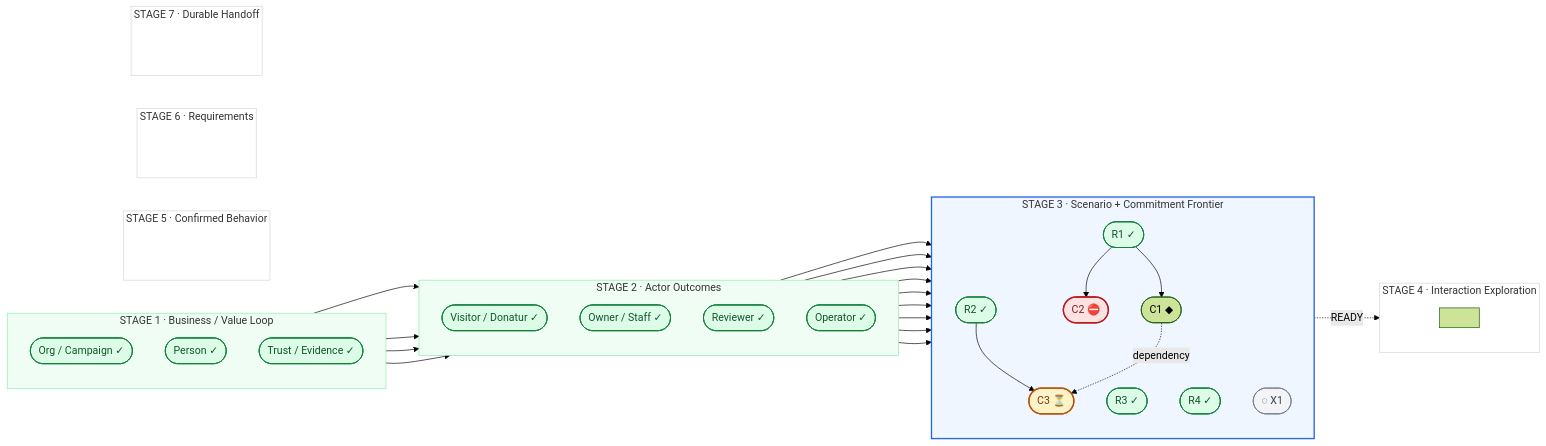
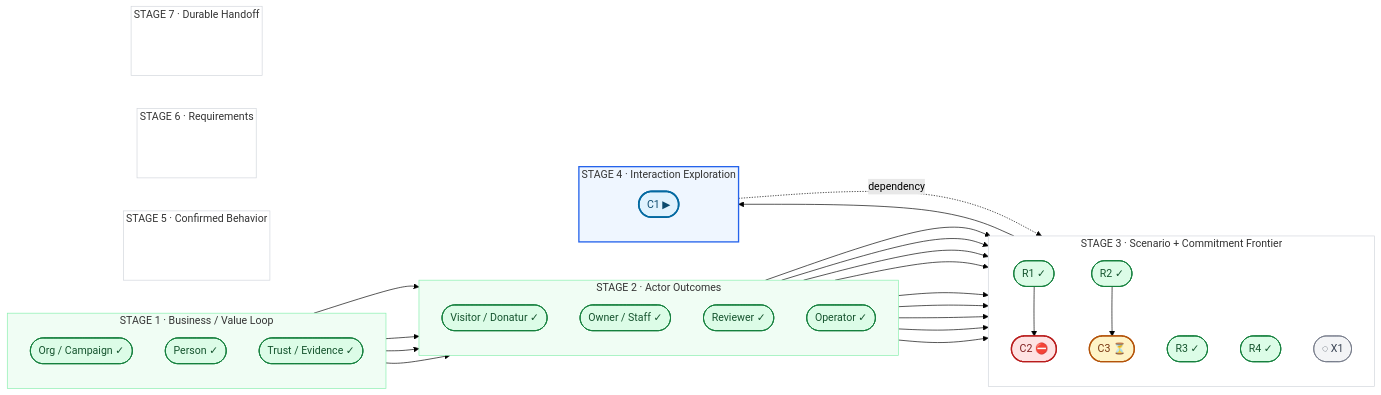
The diagram in docs/product/pilot-3-control-tower.md (anhsbolic/kencleng), drawn with Mermaid (forest theme) before and after one commit.

Commit message:
docs(product): correct C1 Stage 4 control tower position

```diff
--- a/docs/product/pilot-3-control-tower.md
+++ b/docs/product/pilot-3-control-tower.md
@@ -43,14 +43,13 @@
     R4(["R4 ✓"])
     X1(["◌ X1"])
 
-    C1(["C1 ◆"])
     C2(["C2 ⛔"])
     C3(["C3 ⏳"])
   end
 
   subgraph S4["STAGE 4 · Interaction Exploration"]
     direction TB
-    G4[" "]
+    C1(["C1 ▶"])
   end
 
   subgraph S5["STAGE 5 · Confirmed Behavior"]
@@ -88,10 +87,10 @@
   R2 --> C3
 
   C1 -. "dependency" .-> C3
-  C1 -. "READY" .-> G4
 
   classDef complete fill:#dcfce7,stroke:#15803d,color:#14532d,stroke-width:1.5px;
   classDef eligible fill:#dbeafe,stroke:#1d4ed8,color:#1e3a8a,stroke-width:2px;
+  classDef active fill:#e0f2fe,stroke:#0369a1,color:#0c4a6e,stroke-width:2.5px;
   classDef blocked fill:#fee2e2,stroke:#b91c1c,color:#7f1d1d,stroke-width:2px;
   classDef waiting fill:#fef3c7,stroke:#b45309,color:#78350f,stroke-width:2px;
   classDef probe fill:#f3f4f6,stroke:#6b7280,color:#374151;
@@ -106,8 +105,8 @@
 
   style S1 fill:#f0fdf4,stroke:#86efac,stroke-width:1px
   style S2 fill:#f0fdf4,stroke:#86efac,stroke-width:1px
-  style S3 fill:#eff6ff,stroke:#2563eb,stroke-width:2px
-  style S4 fill:#ffffff,stroke:#d1d5db,stroke-width:1px
+  style S3 fill:#ffffff,stroke:#d1d5db,stroke-width:1px
+  style S4 fill:#eff6ff,stroke:#2563eb,stroke-width:2px
   style S5 fill:#ffffff,stroke:#d1d5db,stroke-width:1px
   style S6 fill:#ffffff,stroke:#d1d5db,stroke-width:1px
   style S7 fill:#ffffff,stroke:#d1d5db,stroke-width:1px
```
